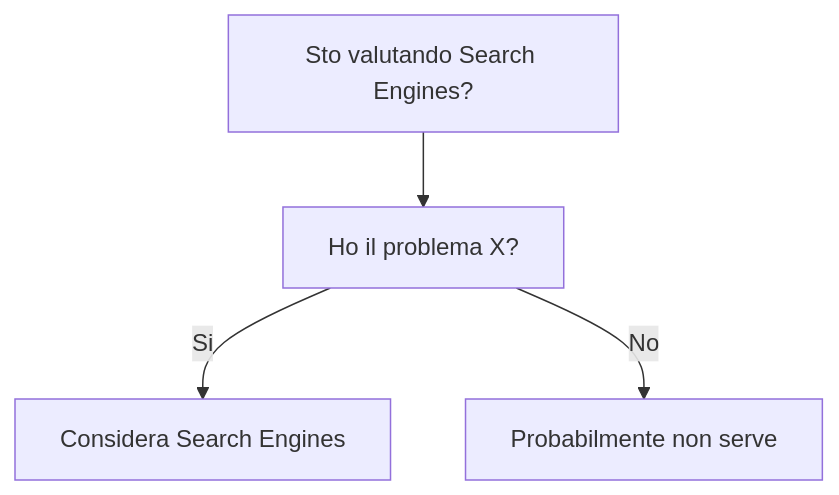
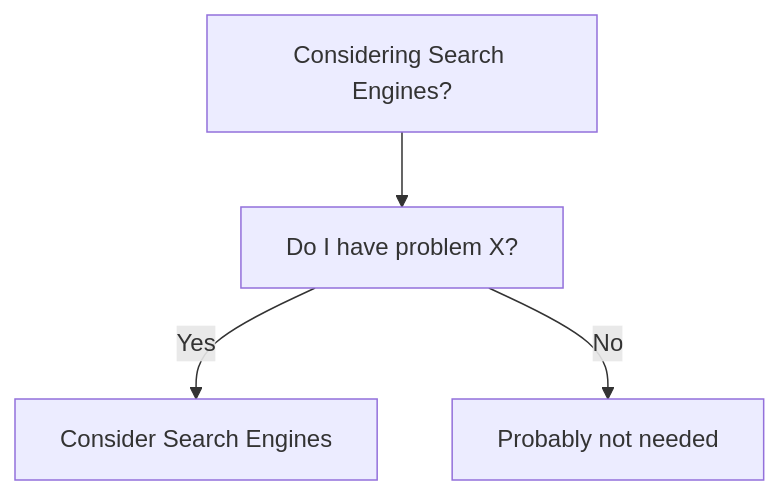
Before and after one commit to HxT9/Software-Dev-Wiki: the diagram in dev-wiki/06_Data_Storage/Search_Engines/When_To_Use.md, drawn with Mermaid. The commit also changed other lines of this file and 3444 other files, not shown here.

````diff
--- a/dev-wiki/06_Data_Storage/Search_Engines/When_To_Use.md
+++ b/dev-wiki/06_Data_Storage/Search_Engines/When_To_Use.md
@@ -19,6 +19,6 @@
 ```mermaid
 flowchart TD
-  Q[Sto valutando Search Engines?] --> Q1[Ho il problema X?]
-  Q1 -->|Si| OK[Considera Search Engines]
-  Q1 -->|No| NO[Probabilmente non serve]
+  Q[Considering Search Engines?] --> Q1[Do I have problem X?]
+  Q1 -->|Yes| OK[Consider Search Engines]
+  Q1 -->|No| NO[Probably not needed]
 ```
````
